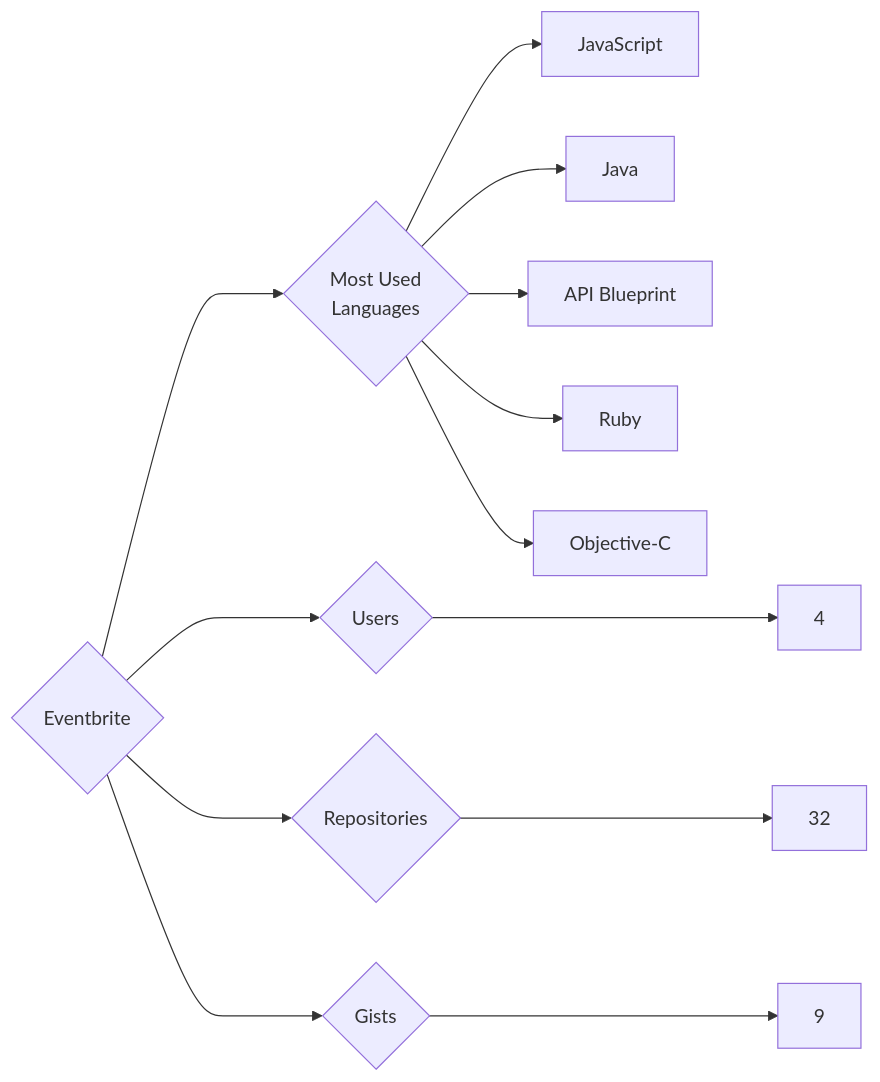
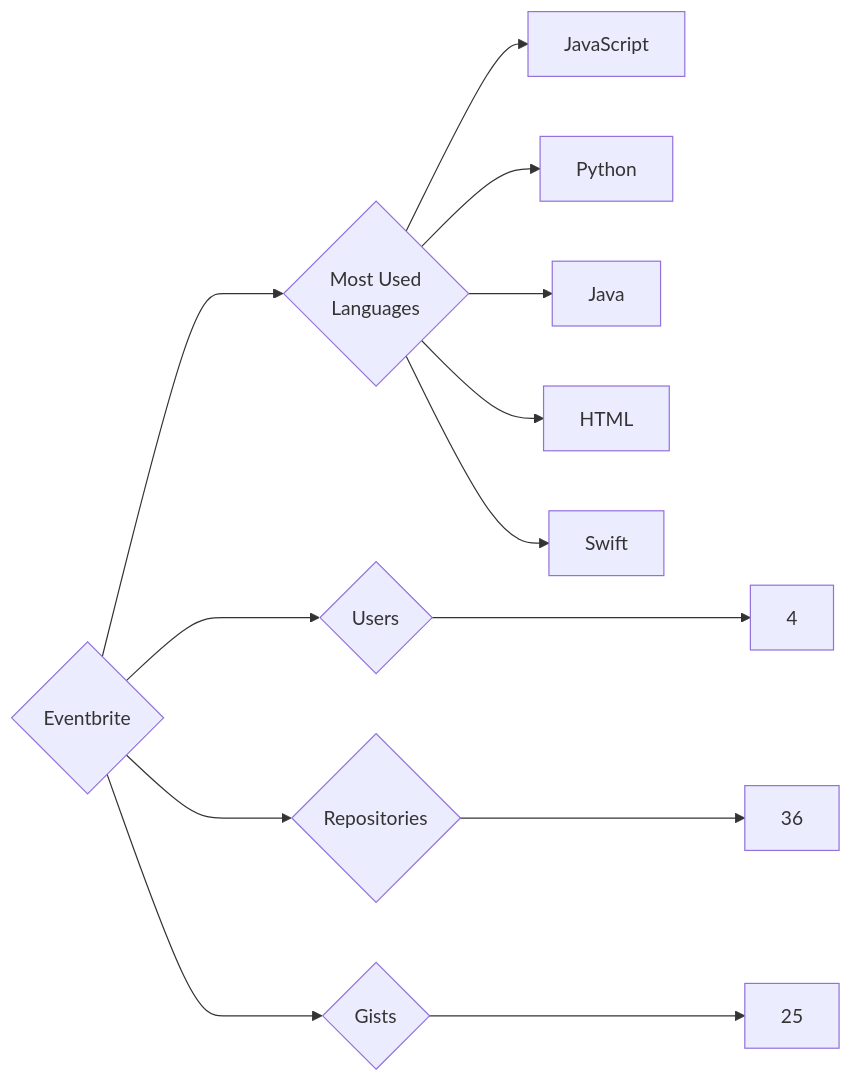
One commit to trickest/insiders changed the diagram in targets/Eventbrite/README.md. Above: the diagram before and after it, drawn with Mermaid. The commit also changed 1036 other files, not shown here.

````diff
--- a/targets/Eventbrite/README.md
+++ b/targets/Eventbrite/README.md
@@ -3,13 +3,13 @@
 ```mermaid
 graph LR
 COMPANY_NAME{Eventbrite}
 COMPANY_NAME ---> U{Users} ---> UN[4]
-COMPANY_NAME ---> R{Repositories} ---> RN[32]
-COMPANY_NAME ---> G{Gists} ---> GN[9]
+COMPANY_NAME ---> R{Repositories} ---> RN[36]
+COMPANY_NAME ---> G{Gists} ---> GN[25]
 COMPANY_NAME ---> ML{Most Used<br>Languages}
 ML --> JavaScript[JavaScript]
+ML --> Python[Python]
 ML --> Java[Java]
-ML --> API_Blueprint[API Blueprint]
-ML --> Ruby[Ruby]
-ML --> Objective-C[Objective-C]
+ML --> HTML[HTML]
+ML --> Swift[Swift]
 ```
````
